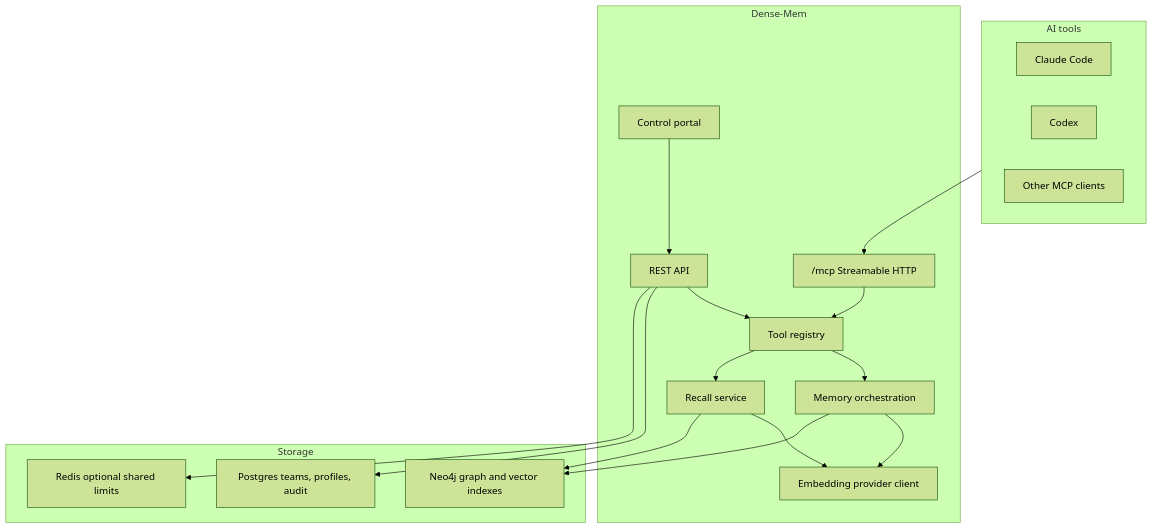
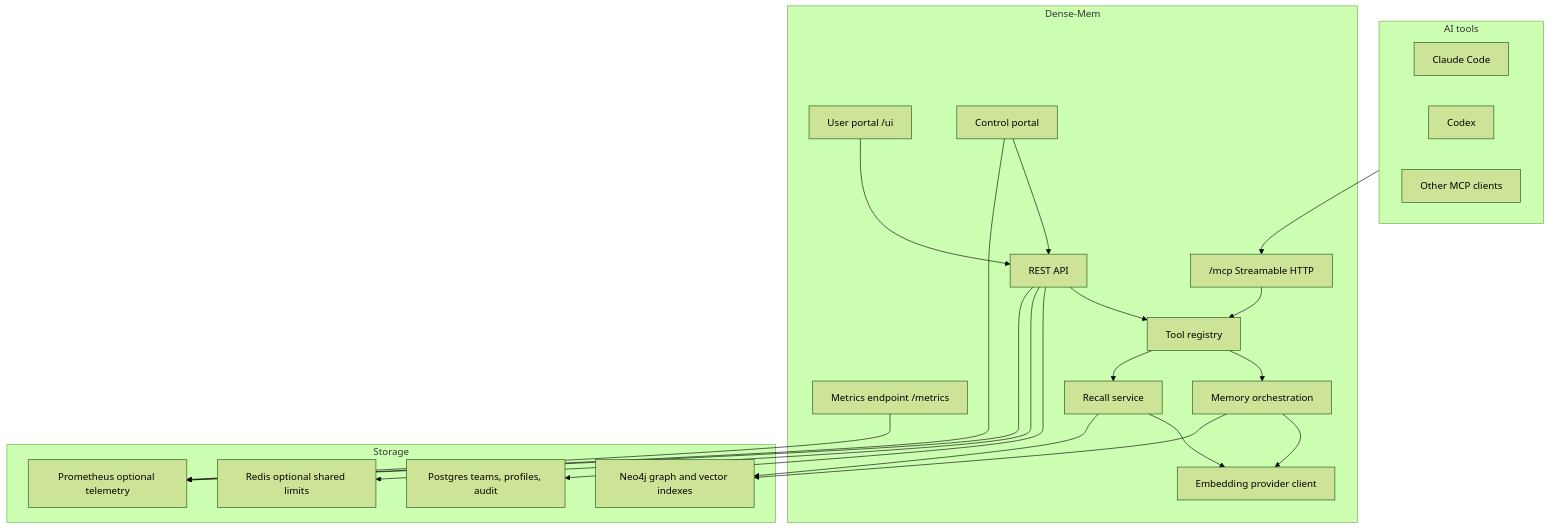
One commit to markhuangai/dense-mem changed the first of 3 diagrams in Architecture.md. Above: the diagram before and after it, drawn with Mermaid (forest theme). The commit also changed other lines of this file and 13 other files, not shown here.

````diff
--- a/Architecture.md
+++ b/Architecture.md
@@ -11,37 +11,44 @@
 ```mermaid
 flowchart TB
   subgraph Hosts["AI tools"]
     Claude["Claude Code"]
     Codex["Codex"]
     Other["Other MCP clients"]
   end
 
   subgraph DenseMem["Dense-Mem"]
     MCP["/mcp Streamable HTTP"]
     REST["REST API"]
+    UserPortal["User portal /ui"]
     Portal["Control portal"]
+    Metrics["Metrics endpoint /metrics"]
     Registry["Tool registry"]
     Memory["Memory orchestration"]
     Recall["Recall service"]
     Embeds["Embedding provider client"]
   end
 
   subgraph Storage["Storage"]
     Postgres["Postgres teams, profiles, audit"]
     Neo4j["Neo4j graph and vector indexes"]
     Redis["Redis optional shared limits"]
+    Prometheus["Prometheus optional telemetry"]
   end
 
   Hosts --> MCP
   MCP --> Registry
   REST --> Registry
+  UserPortal --> REST
   Portal --> REST
   Registry --> Memory
   Registry --> Recall
   Memory --> Embeds
   Recall --> Embeds
   Memory --> Neo4j
   Recall --> Neo4j
   REST --> Postgres
   REST --> Redis
+  Metrics --> Prometheus
+  REST --> Prometheus
+  Portal --> Prometheus
 ```
````
